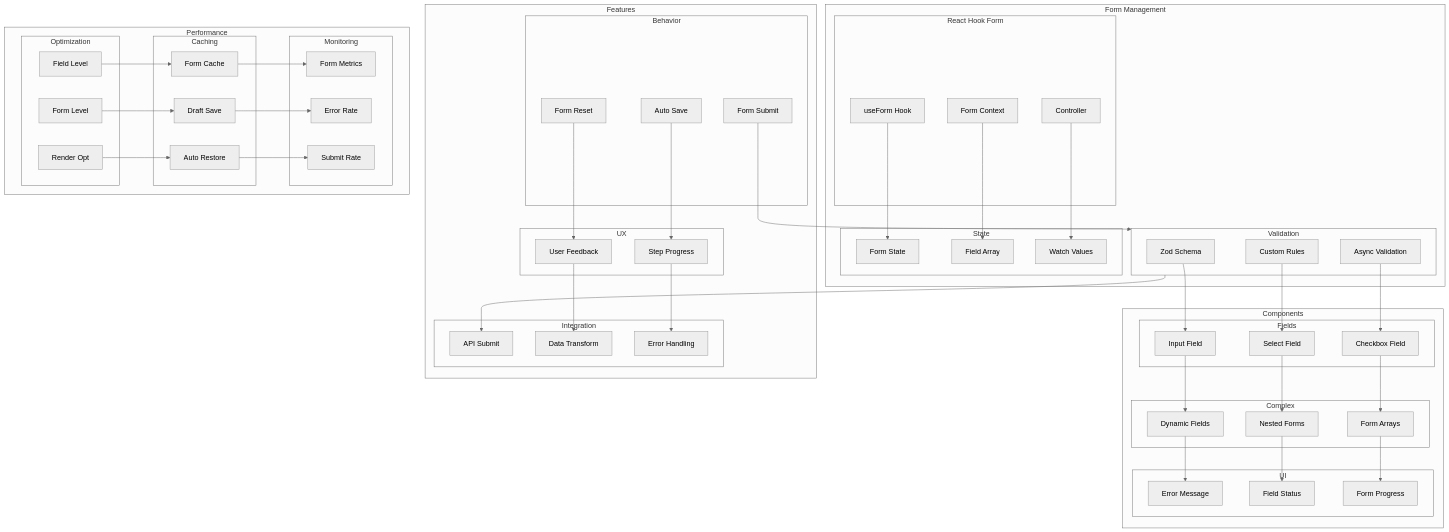
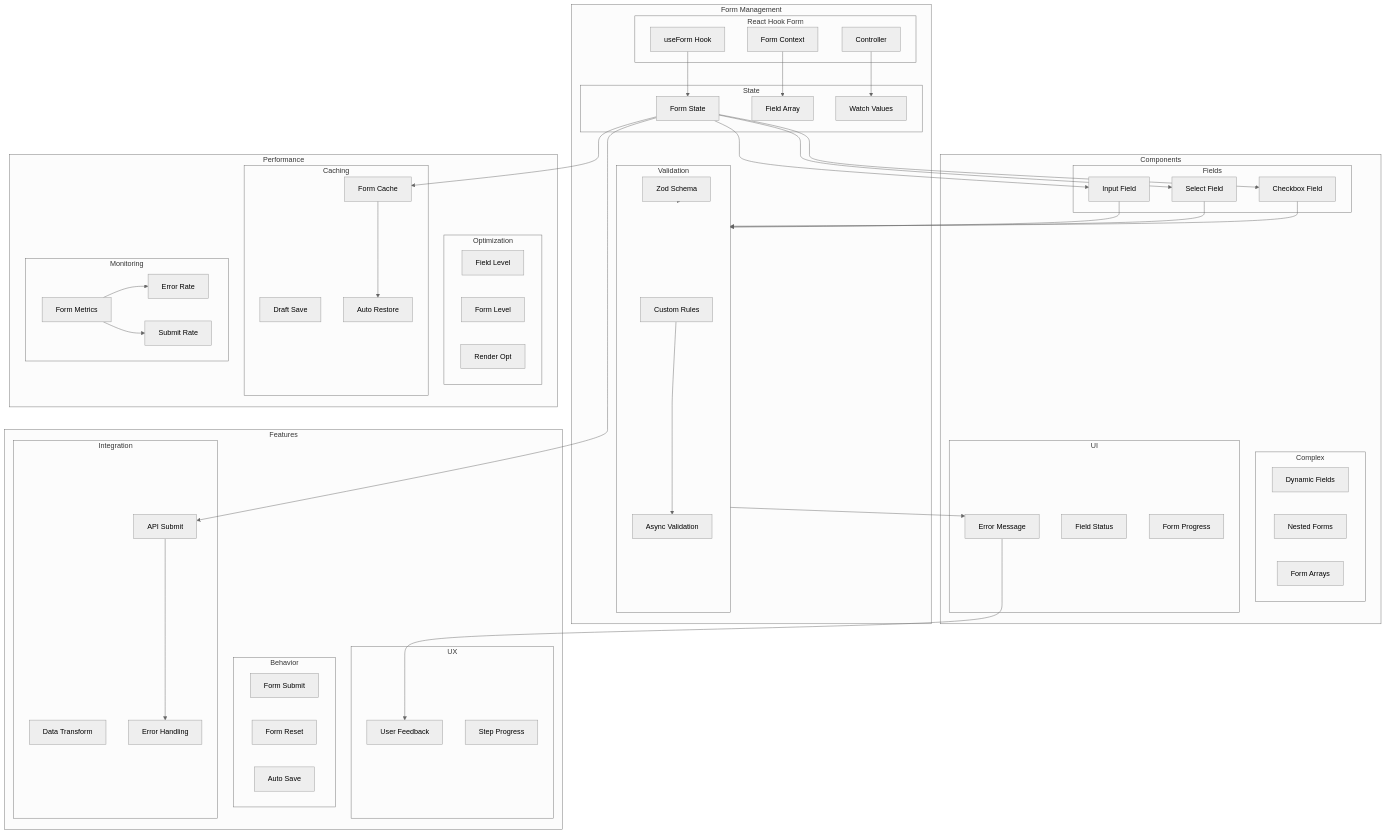
Before and after one commit to olehmelnyk/acme: the diagram in docs/architecture/diagrams/components/form-architecture.md, drawn with Mermaid (neutral theme). The commit also changed other lines of this file and 54 other files, not shown here.

````diff
--- a/docs/architecture/diagrams/components/form-architecture.md
+++ b/docs/architecture/diagrams/components/form-architecture.md
@@ -99,36 +114,20 @@
     UseForm --> FormState
     FormContext --> FieldArray
     Controller --> WatchValues
-
-    %% Validation Flow
-    ZodSchema --> Input
-    CustomRules --> Select
-    AsyncValidation --> Checkbox
-
-    %% Component Flow
-    Input --> DynamicFields
-    Select --> NestedForms
-    Checkbox --> FormArrays
-
-    DynamicFields --> ErrorMessage
-    NestedForms --> FieldStatus
-    FormArrays --> FormProgress
-
-    %% Feature Flow
-    Submission --> Validation
-    Reset --> Feedback
-    AutoSave --> Progress
-
-    Validation --> APISubmit
-    Feedback --> DataTransform
-    Progress --> ErrorHandle
-
-    %% Performance Flow
-    FieldLevel --> FormCache
-    FormLevel --> DraftSave
-    RenderOpt --> AutoRestore
-
-    FormCache --> FormMetrics
-    DraftSave --> ErrorRate
-    AutoRestore --> SubmitRate
+    ZodSchema --> Validation
+    CustomRules --> AsyncValidation
+    FormState --> Input
+    FormState --> Select
+    FormState --> Checkbox
+    Input --> Validation
+    Select --> Validation
+    Checkbox --> Validation
+    Validation --> ErrorMessage
+    ErrorMessage --> Feedback
+    FormState --> APISubmit
+    APISubmit --> ErrorHandle
+    FormState --> FormCache
+    FormCache --> AutoRestore
+    FormMetrics --> ErrorRate
+    FormMetrics --> SubmitRate
 ```
````
